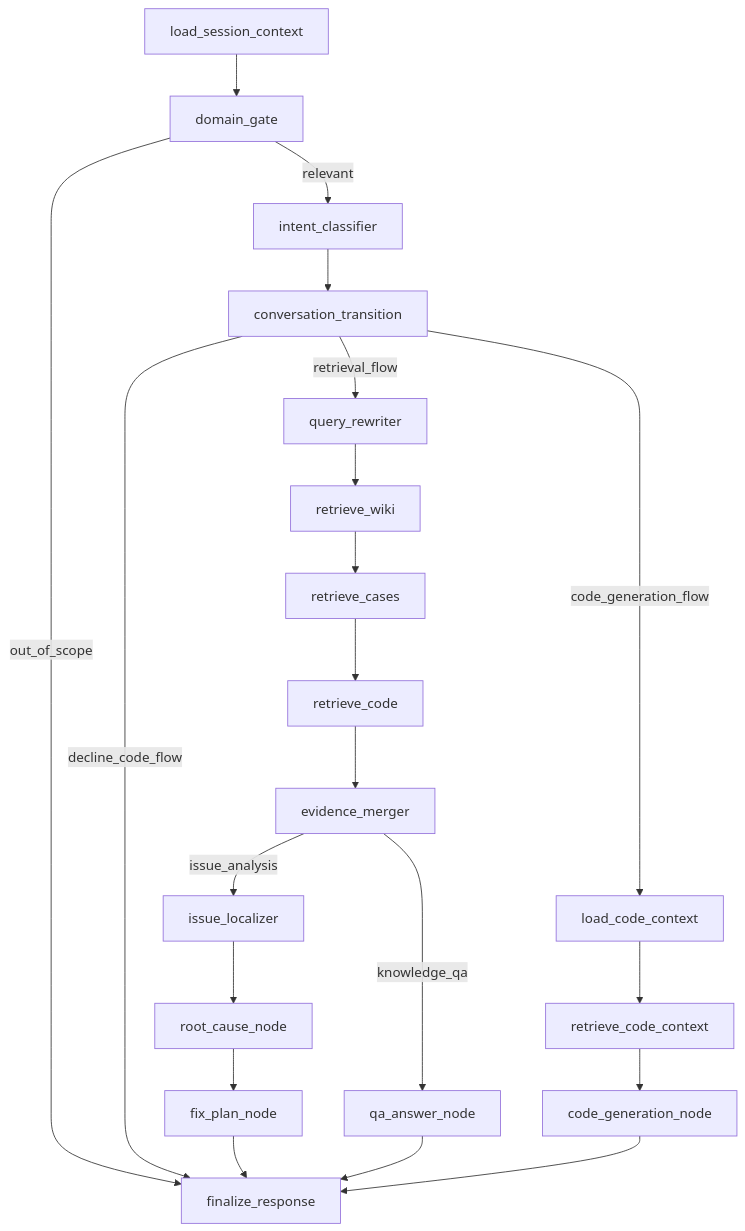
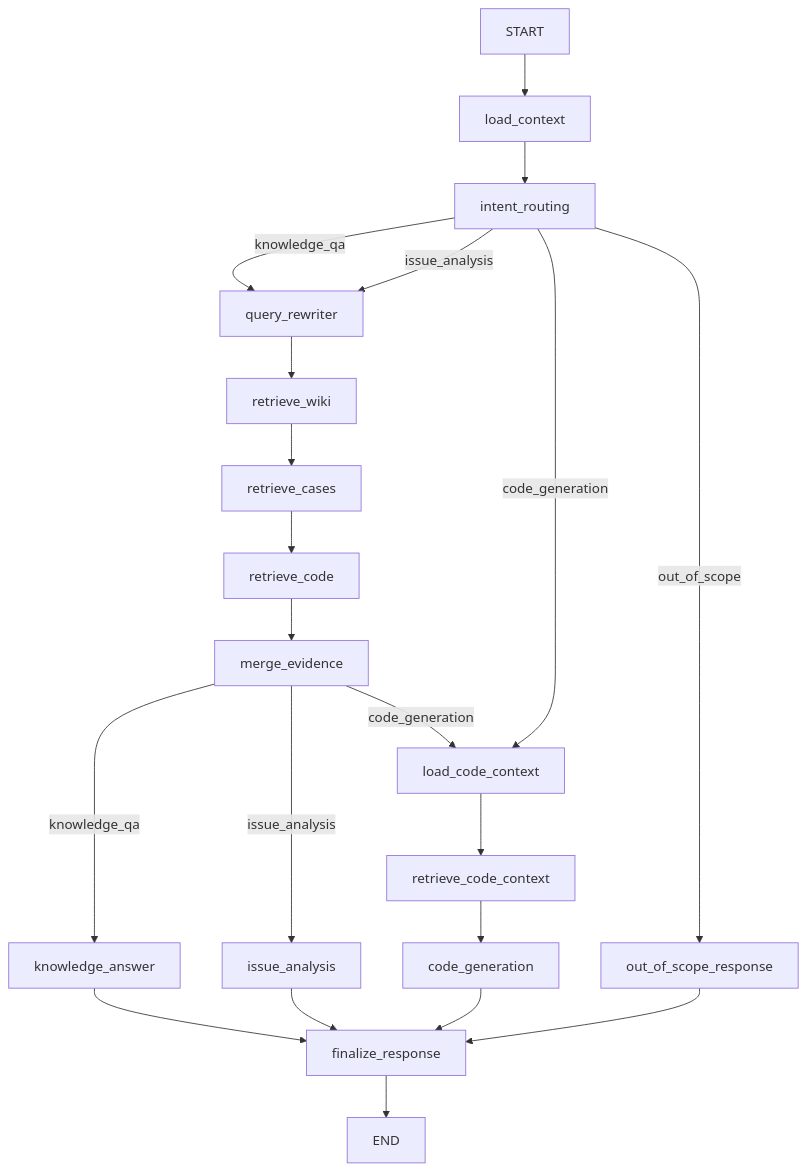
One commit to Ocean52-XIE/dsp_agent changed the diagram in docs/子系统设计/02-智能编排与路由子系统设计.md. Above: the diagram before and after it, drawn with Mermaid. The commit also changed other lines of this file and 46 other files, not shown here.

````diff
--- a/docs/子系统设计/02-智能编排与路由子系统设计.md
+++ b/docs/子系统设计/02-智能编排与路由子系统设计.md
@@ -69,23 +12,24 @@
 ```mermaid
 flowchart TD
-    A[load_session_context] --> B[domain_gate]
-    B -->|out_of_scope| Z[finalize_response]
-    B -->|relevant| C[intent_classifier]
-    C --> D[conversation_transition]
-    D -->|retrieval_flow| E[query_rewriter]
-    D -->|code_generation_flow| N[load_code_context]
-    D -->|decline_code_flow| Z[finalize_response]
-    E --> F[retrieve_wiki]
-    F --> G[retrieve_cases]
-    G --> H[retrieve_code]
-    H --> I[evidence_merger]
-    I -->|knowledge_qa| J[qa_answer_node]
-    I -->|issue_analysis| K[issue_localizer]
-    K --> L[root_cause_node]
-    L --> M[fix_plan_node]
-    M --> Z
-    N --> O[retrieve_code_context]
-    O --> P[code_generation_node]
-    J --> Z
-    P --> Z
+    START --> load_context --> intent_routing
+
+    intent_routing -->|knowledge_qa| query_rewriter
+    intent_routing -->|issue_analysis| query_rewriter
+    intent_routing -->|code_generation| load_code_context
+    intent_routing -->|out_of_scope| out_of_scope_response
+
+    query_rewriter --> retrieve_wiki --> retrieve_cases --> retrieve_code --> merge_evidence
+
+    merge_evidence -->|knowledge_qa| knowledge_answer
+    merge_evidence -->|issue_analysis| issue_analysis
+    merge_evidence -->|code_generation| load_code_context
+
+    load_code_context --> retrieve_code_context --> code_generation
+
+    knowledge_answer --> finalize_response
+    issue_analysis --> finalize_response
+    out_of_scope_response --> finalize_response
+    code_generation --> finalize_response
+
+    finalize_response --> END
 ```
````
